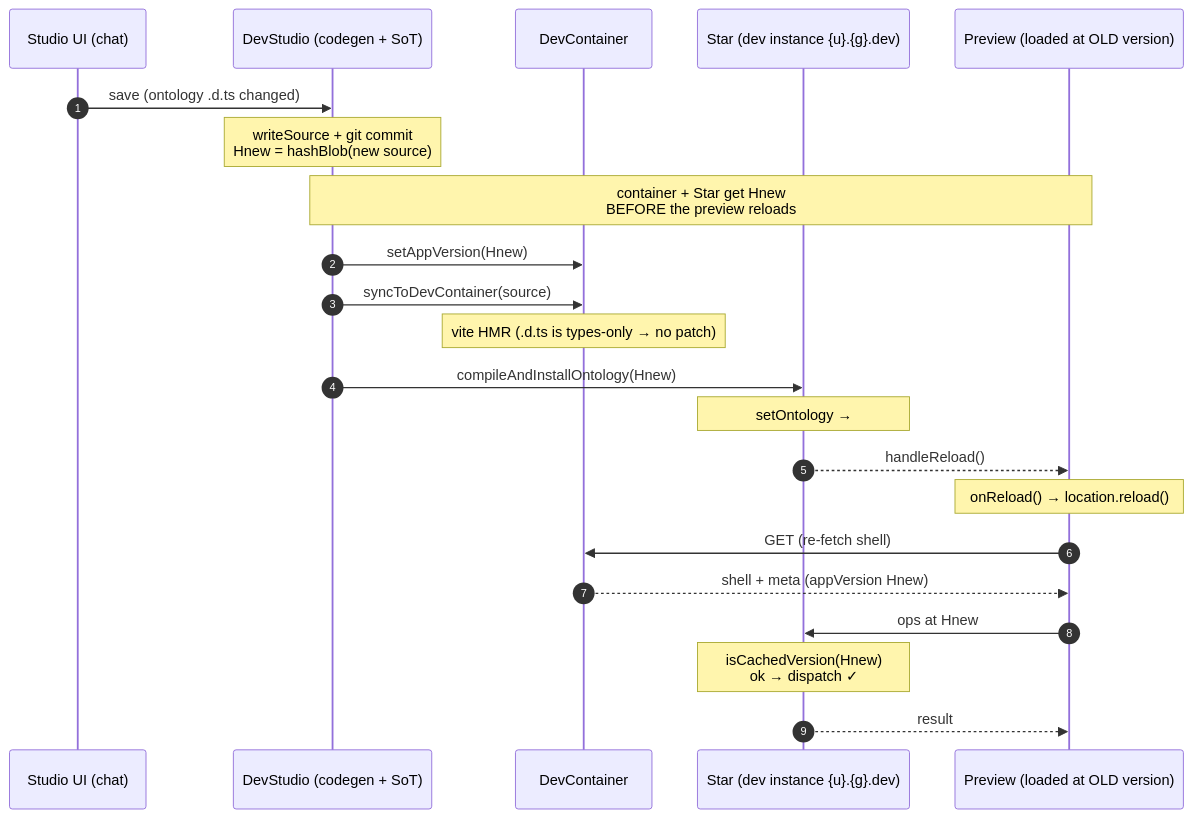
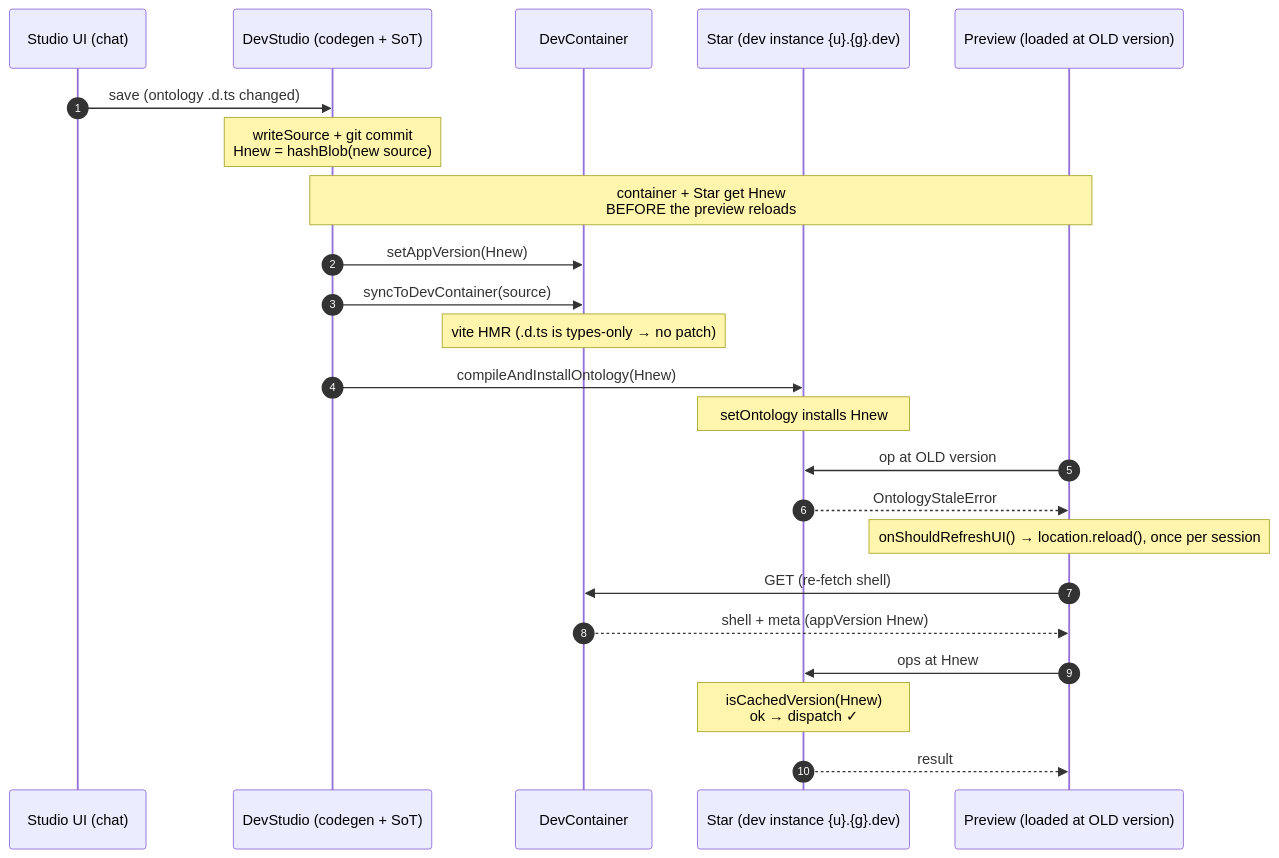
One commit to lumenize/lumenize changed the sixth of 9 diagrams in tasks/reference/nebula-dev-flows.md. Above: the diagram before and after it, drawn with Mermaid. The commit also changed other lines of this file and 154 other files, not shown here.

````diff
--- a/tasks/reference/nebula-dev-flows.md
+++ b/tasks/reference/nebula-dev-flows.md
@@ -209,25 +211,26 @@
 ```mermaid
 sequenceDiagram
     autonumber
     participant UI as Studio UI (chat)
     participant STU as DevStudio (codegen + SoT)
     participant DC as DevContainer
     participant ST as Star (dev instance {u}.{g}.dev)
     participant PV as Preview (loaded at OLD version)
 
     UI->>STU: save (ontology .d.ts changed)
     Note over STU: writeSource + git commit<br/>Hnew = hashBlob(new source)
     Note over STU,PV: container + Star get Hnew<br/>BEFORE the preview reloads
     STU->>DC: setAppVersion(Hnew)
     STU->>DC: syncToDevContainer(source)
     Note over DC: vite HMR (.d.ts is types-only → no patch)
     STU->>ST: compileAndInstallOntology(Hnew)
-    Note over ST: setOntology → #installState<br/>current = Hnew (isNewVersion)<br/>→ broadcastReload()
-    ST-->>PV: handleReload()
-    Note over PV: onReload() → location.reload()
+    Note over ST: setOntology installs Hnew
+    PV->>ST: op at OLD version
+    ST-->>PV: OntologyStaleError
+    Note over PV: onShouldRefreshUI() → location.reload(), once per session
     PV->>DC: GET (re-fetch shell)
     DC-->>PV: shell + meta (appVersion Hnew)
     PV->>ST: ops at Hnew
     Note over ST: isCachedVersion(Hnew)<br/>ok → dispatch ✓
     ST-->>PV: result
 ```
````
